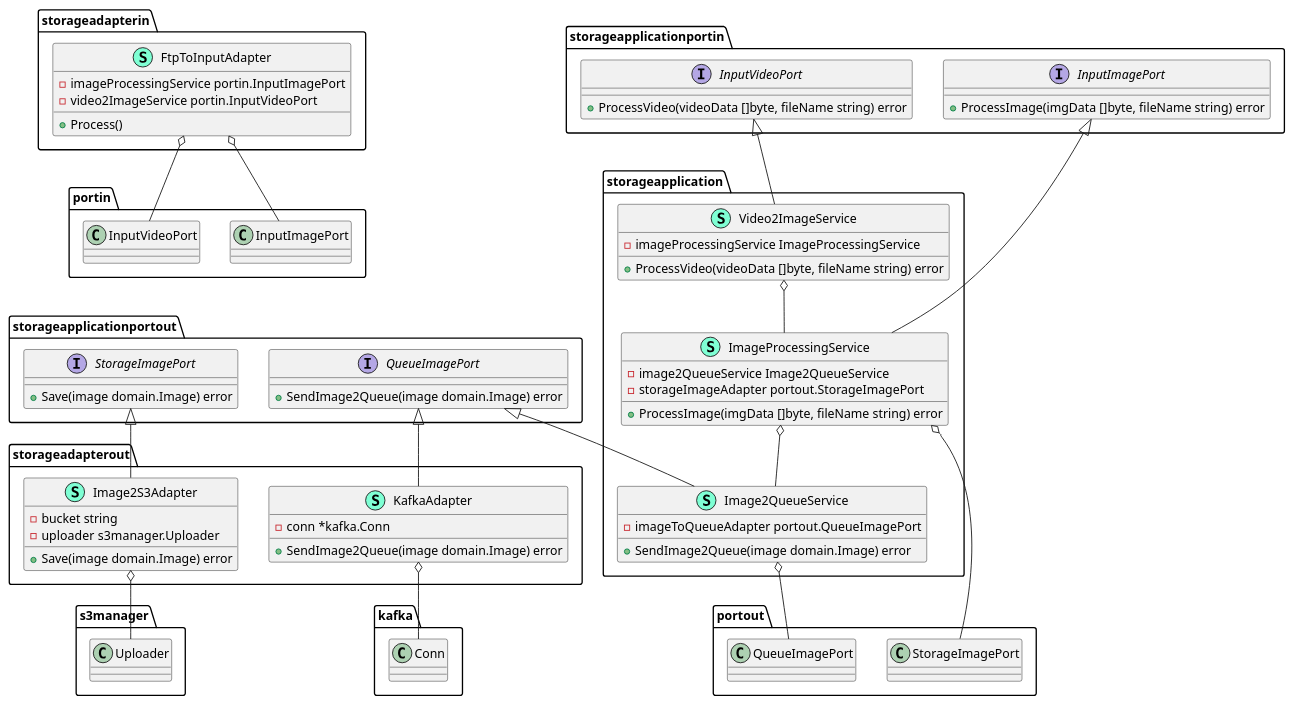
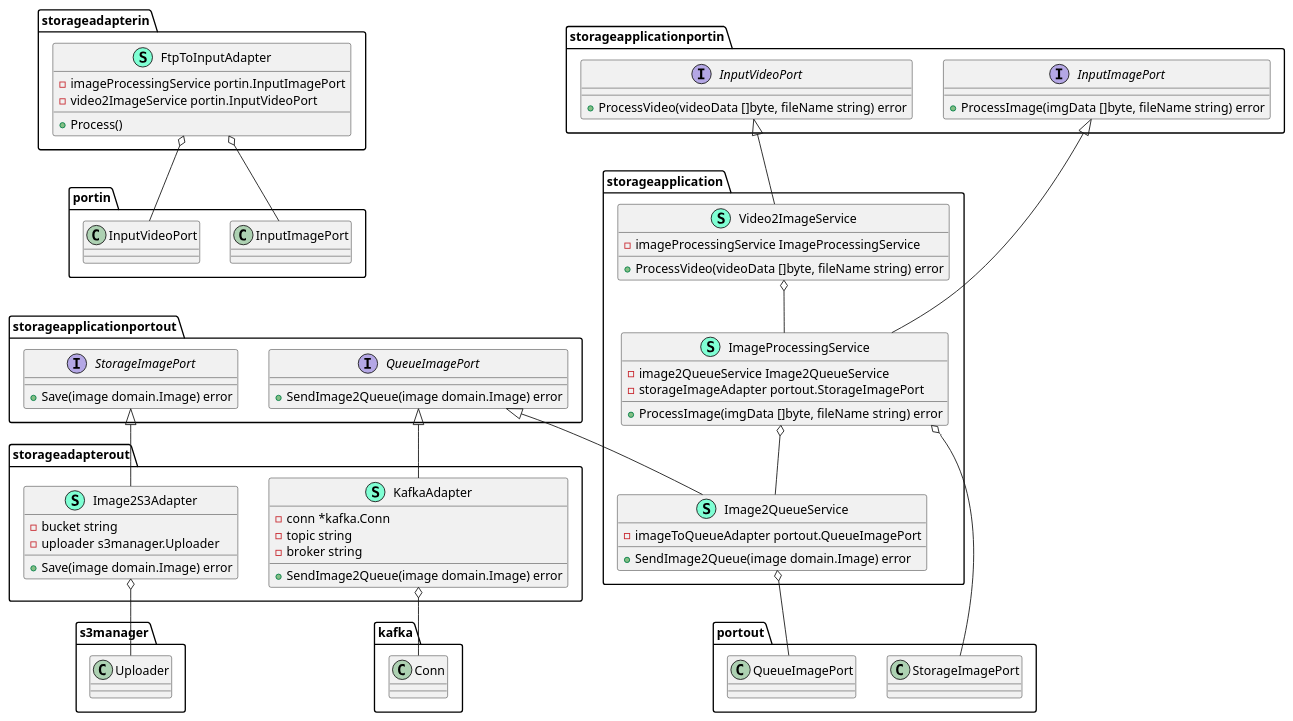
The diagram in documentation/puml/storage-core.puml (arielbrizi/go-intelligent-monitoring-system), drawn with PlantUML before and after one commit. The commit also changed 8 other files, not shown here.

```diff
--- a/documentation/puml/storage-core.puml
+++ b/documentation/puml/storage-core.puml
@@ -1,95 +1,97 @@
 @startuml
 namespace storageadapterin {
     class FtpToInputAdapter << (S,Aquamarine) >> {
         - imageProcessingService portin.InputImagePort
         - video2ImageService portin.InputVideoPort
 
         + Process() 
 
     }
 }
 
 
 "storageadapterin.FtpToInputAdapter" o-- "portin.InputImagePort"
 "storageadapterin.FtpToInputAdapter" o-- "portin.InputVideoPort"
 
 namespace storageadapterout {
     class Image2S3Adapter << (S,Aquamarine) >> {
         - bucket string
         - uploader s3manager.Uploader
 
         + Save(image domain.Image) error
 
     }
     class KafkaAdapter << (S,Aquamarine) >> {
         - conn *kafka.Conn
+        - topic string
+        - broker string
 
         + SendImage2Queue(image domain.Image) error
 
     }
 }
 
 "storageapplicationportout.StorageImagePort" <|-- "storageadapterout.Image2S3Adapter"
 "storageapplicationportout.QueueImagePort" <|-- "storageadapterout.KafkaAdapter"
 
 "storageadapterout.Image2S3Adapter" o-- "s3manager.Uploader"
 "storageadapterout.KafkaAdapter" o-- "kafka.Conn"
 
 namespace storageapplication {
     class Image2QueueService << (S,Aquamarine) >> {
         - imageToQueueAdapter portout.QueueImagePort
 
         + SendImage2Queue(image domain.Image) error
 
     }
     class ImageProcessingService << (S,Aquamarine) >> {
         - image2QueueService Image2QueueService
         - storageImageAdapter portout.StorageImagePort
 
         + ProcessImage(imgData []byte, fileName string) error
 
     }
     class Video2ImageService << (S,Aquamarine) >> {
         - imageProcessingService ImageProcessingService
 
         + ProcessVideo(videoData []byte, fileName string) error
 
     }
 }
 
 "storageapplicationportout.QueueImagePort" <|-- "storageapplication.Image2QueueService"
 "storageapplicationportin.InputImagePort" <|-- "storageapplication.ImageProcessingService"
 "storageapplicationportin.InputVideoPort" <|-- "storageapplication.Video2ImageService"
 
 "storageapplication.Image2QueueService" o-- "portout.QueueImagePort"
 "storageapplication.ImageProcessingService" o-- "portout.StorageImagePort"
 "storageapplication.ImageProcessingService" o-- "storageapplication.Image2QueueService"
 "storageapplication.Video2ImageService" o-- "storageapplication.ImageProcessingService"
 
 namespace storageapplicationportin {
     interface InputImagePort  {
         + ProcessImage(imgData []byte, fileName string) error
 
     }
     interface InputVideoPort  {
         + ProcessVideo(videoData []byte, fileName string) error
 
     }
 }
 
 
 
 namespace storageapplicationportout {
     interface QueueImagePort  {
         + SendImage2Queue(image domain.Image) error
 
     }
     interface StorageImagePort  {
         + Save(image domain.Image) error
 
     }
 }
 
 
 
 @enduml
```
